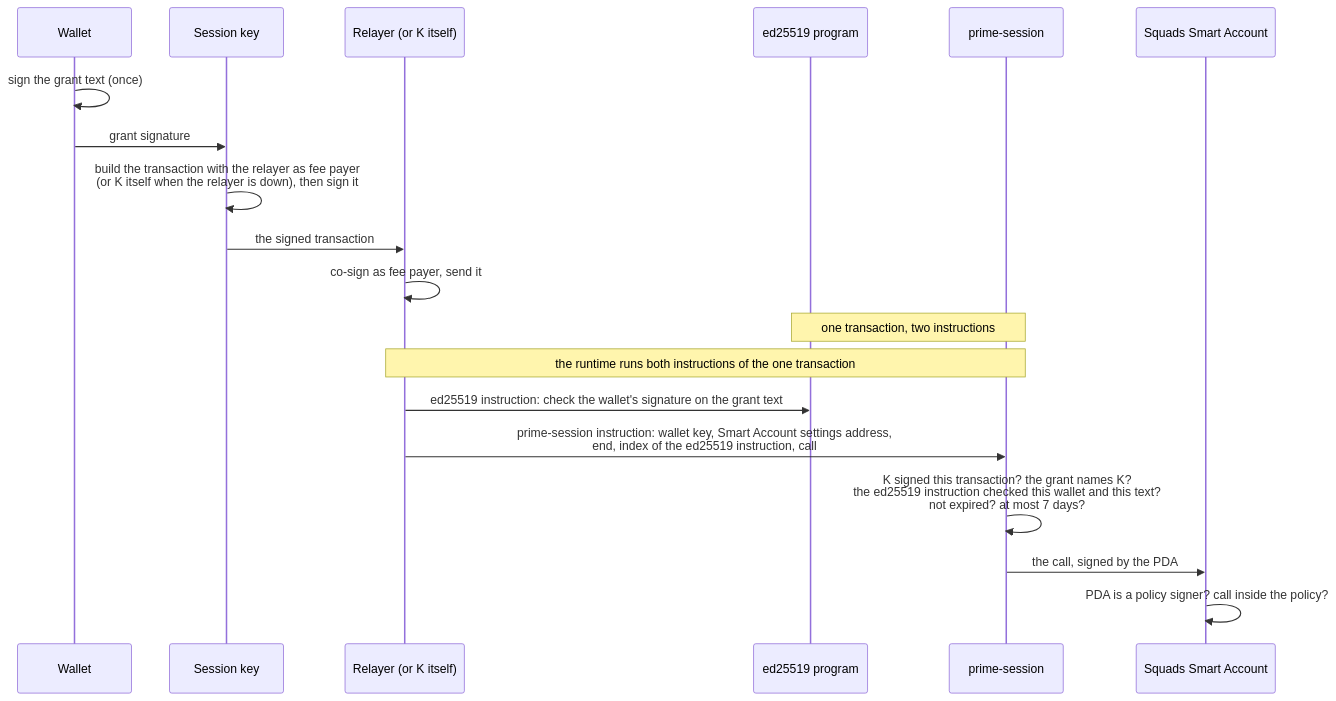
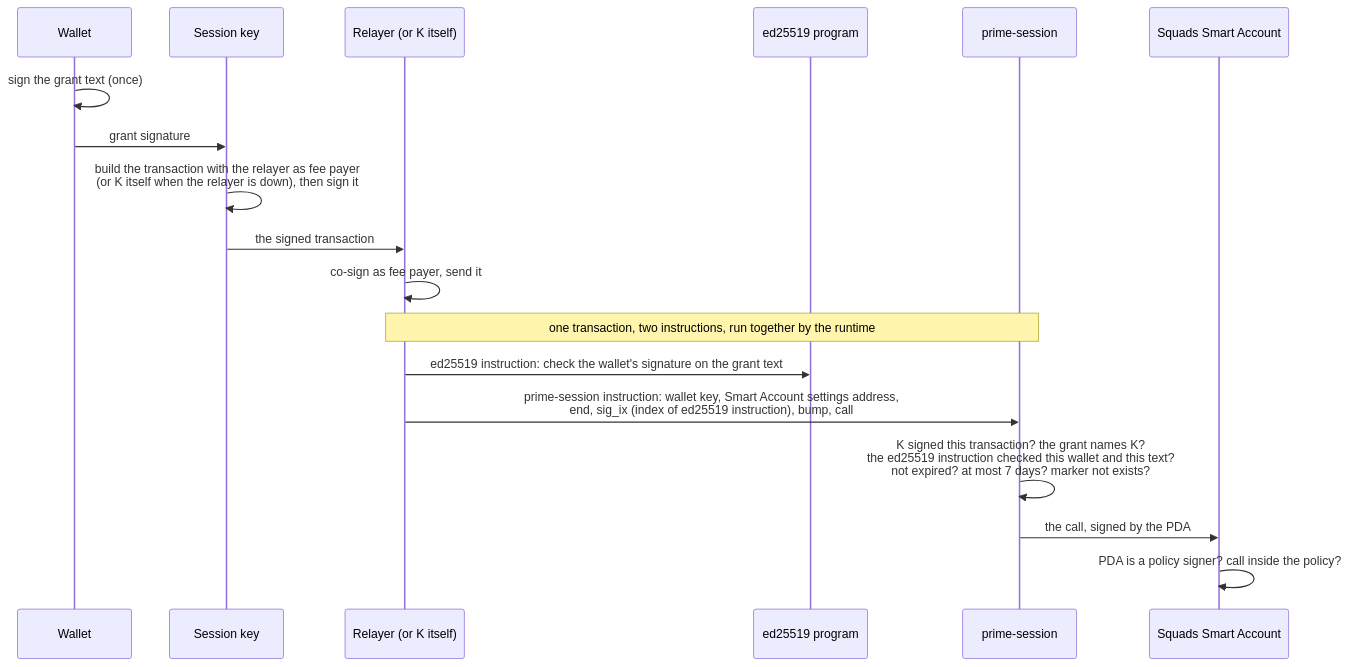
One commit to untangledfinance/oz-policy-builder changed the sixth of 8 diagrams in contracts/prime-session/ARCHITECTURE.md. Above: the diagram before and after it, drawn with Mermaid. The commit also changed other lines of this file and 81 other files, not shown here.

First line of the commit message:
refactor(prime-session): stored Stellar grants, separate session-owner keys, Solana revoke

````diff
--- a/contracts/prime-session/ARCHITECTURE.md
+++ b/contracts/prime-session/ARCHITECTURE.md
@@ -268,21 +282,20 @@
 ```mermaid
 sequenceDiagram
   participant W as Wallet
   participant K as Session key
   participant R as Relayer (or K itself)
   participant E as ed25519 program
   participant P as prime-session
   participant SA as Squads Smart Account
   W->>W: sign the grant text (once)
   W->>K: grant signature
   K->>K: build the transaction with the relayer as fee payer<br/>(or K itself when the relayer is down), then sign it
   K->>R: the signed transaction
   R->>R: co-sign as fee payer, send it
-  Note over E,P: one transaction, two instructions
-  Note over R,P: the runtime runs both instructions of the one transaction
+  Note over R,P: one transaction, two instructions, run together by the runtime
   R->>E: ed25519 instruction: check the wallet's signature on the grant text
-  R->>P: prime-session instruction: wallet key, Smart Account settings address,<br/>end, index of the ed25519 instruction, call
-  P->>P: K signed this transaction? the grant names K?<br/>the ed25519 instruction checked this wallet and this text?<br/>not expired? at most 7 days?
+  R->>P: prime-session instruction: wallet key, Smart Account settings address,<br/>end, sig_ix (index of ed25519 instruction), bump, call
+  P->>P: K signed this transaction? the grant names K?<br/>the ed25519 instruction checked this wallet and this text?<br/>not expired? at most 7 days? marker not exists?
   P->>SA: the call, signed by the PDA
   SA->>SA: PDA is a policy signer? call inside the policy?
 ```
````
